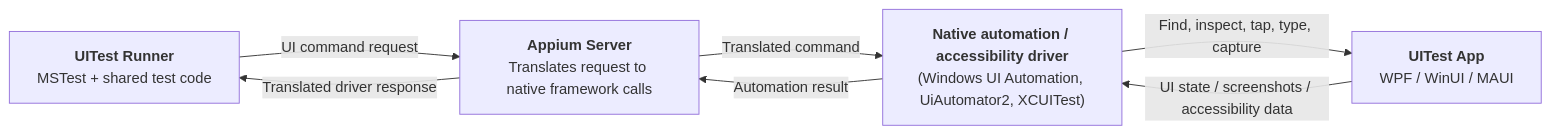
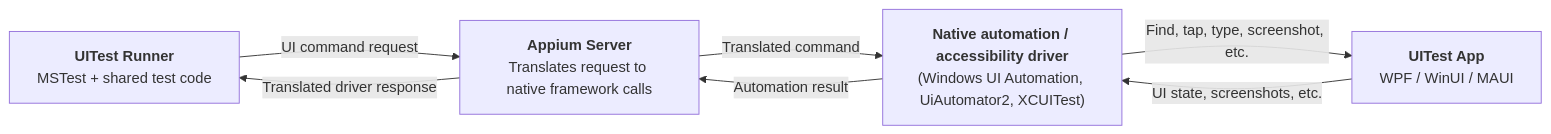
The first of 2 diagrams in src/Tests/UITests/README.md (Esri/arcgis-maps-sdk-dotnet-toolkit), drawn with Mermaid before and after one commit. The commit also changed other lines of this file, not shown here.

````diff
--- a/src/Tests/UITests/README.md
+++ b/src/Tests/UITests/README.md
@@ -7,15 +7,15 @@
 ```mermaid
 flowchart LR
     Runner["<b>UITest Runner</b><br/>MSTest + shared test code"]
     Appium["<b>Appium Server</b><br/>Translates request to native framework calls"]
     Native["<b>Native automation / accessibility driver</b><br/>(Windows UI Automation, UiAutomator2, XCUITest)"]
     App["<b>UITest App</b><br/>WPF / WinUI / MAUI"]
 
     Runner -->|"UI command request"| Appium
     Appium -->|"Translated command"| Native
-    Native -->|"Find, inspect, tap, type, capture"| App
+    Native -->|"Find, tap, type, screenshot, etc."| App
 
-    App -->|"UI state / screenshots / accessibility data"| Native
+    App -->|"UI state, screenshots, etc."| Native
     Native -->|"Automation result"| Appium
     Appium -->|"Translated driver response"| Runner
 ```
````
